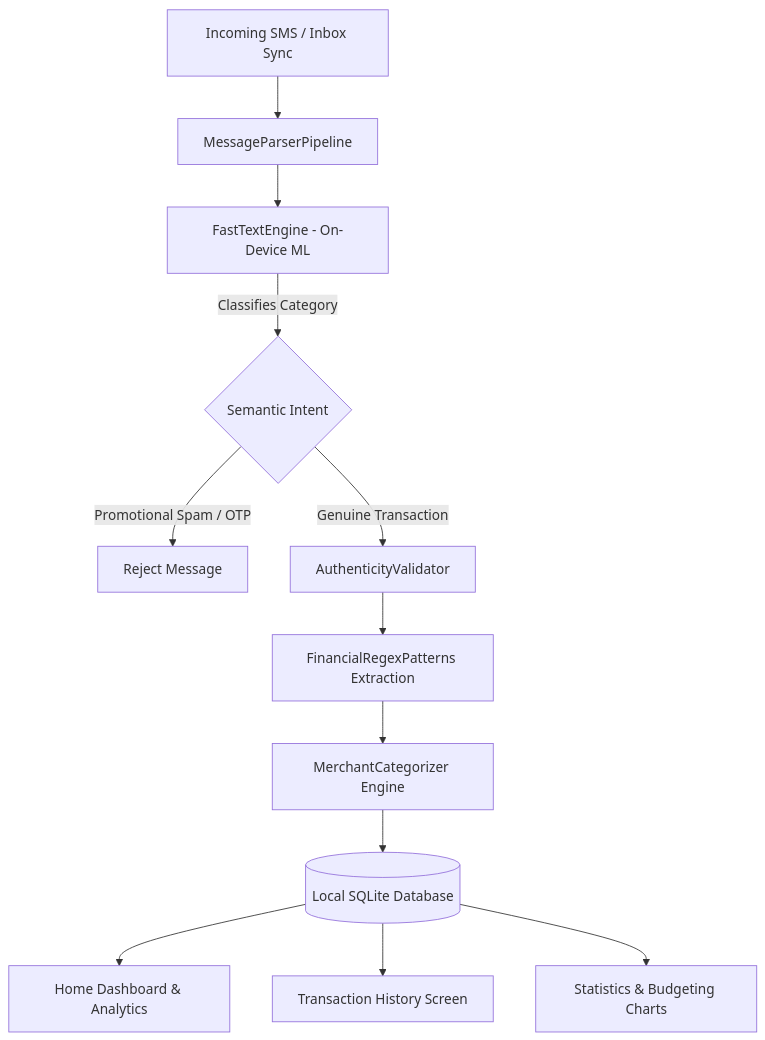
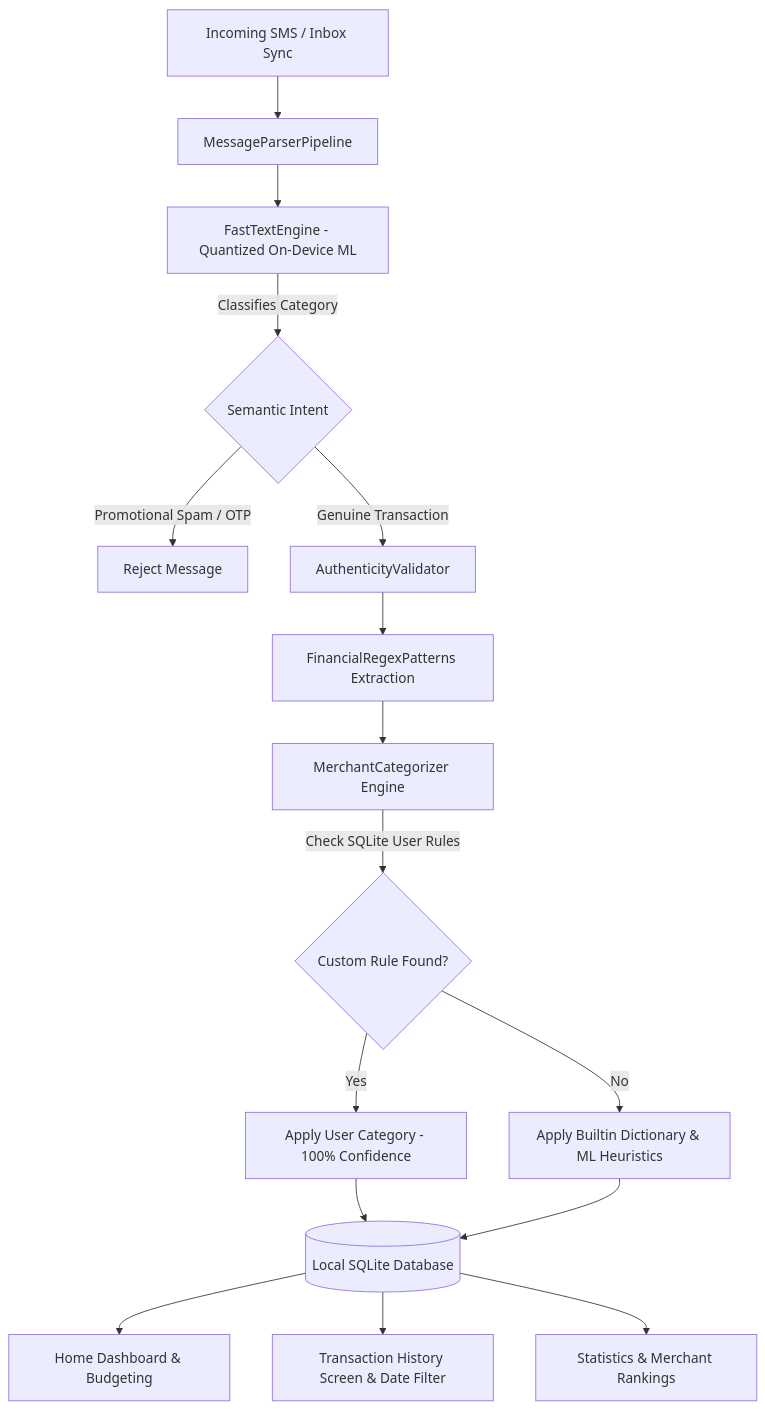
One commit to allwin-antony/Expense_tracker changed the diagram in README.md. Above: the diagram before and after it, drawn with Mermaid. The commit also changed other lines of this file, not shown here.

Commit message:
docs: update README with quantized FastText ML engine, custom merchant rules, and merchant analytics

````diff
--- a/README.md
+++ b/README.md
@@ -26,17 +27,22 @@
 ```mermaid
 flowchart TD
     A[Incoming SMS / Inbox Sync] --> B[MessageParserPipeline]
-    B --> C[FastTextEngine - On-Device ML]
+    B --> C[FastTextEngine - Quantized On-Device ML]
     
     C -->|Classifies Category| D{Semantic Intent}
     D -->|Promotional Spam / OTP| E[Reject Message]
     D -->|Genuine Transaction| F[AuthenticityValidator]
     
     F --> G[FinancialRegexPatterns Extraction]
     G --> H[MerchantCategorizer Engine]
-    H --> I[(Local SQLite Database)]
+    H -->|Check SQLite User Rules| I{Custom Rule Found?}
+    I -->|Yes| J[Apply User Category - 100% Confidence]
+    I -->|No| K[Apply Builtin Dictionary & ML Heuristics]
     
-    I --> J[Home Dashboard & Analytics]
-    I --> K[Transaction History Screen]
-    I --> L[Statistics & Budgeting Charts]
+    J --> L[(Local SQLite Database)]
+    K --> L
+    
+    L --> M[Home Dashboard & Budgeting]
+    L --> N[Transaction History Screen & Date Filter]
+    L --> O[Statistics & Merchant Rankings]
 ```
````
